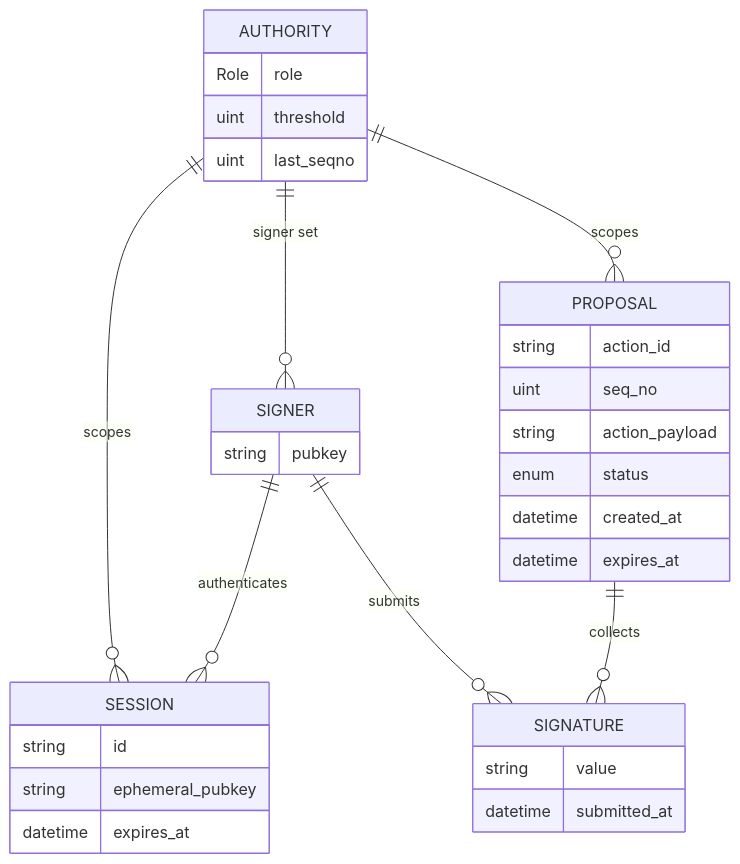
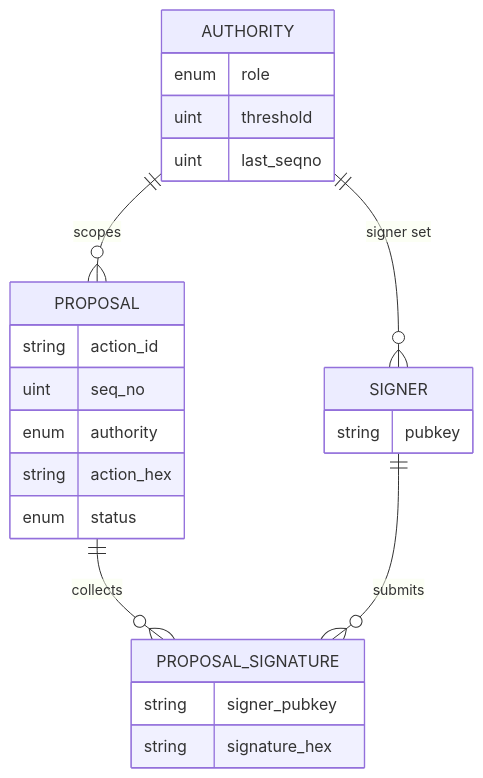
The second of 2 diagrams in docs/deliverable/research.md (wakeuplabs-io/alpen-multisig), drawn with Mermaid before and after one commit. The commit also changed other lines of this file and 2 other files, not shown here.

First line of the commit message:
docs: update architecture docs and finalize Phase 1 research deliverable

````diff
--- a/docs/deliverable/research.md
+++ b/docs/deliverable/research.md
@@ -348,39 +352,30 @@
 ```mermaid
 erDiagram
     AUTHORITY {
-        Role role
+        enum role
         uint threshold
         uint last_seqno
     }
 
     SIGNER {
         string pubkey
     }
 
-    SESSION {
-        string id
-        string ephemeral_pubkey
-        datetime expires_at
-    }
-
     PROPOSAL {
         string action_id
         uint seq_no
-        string action_payload
+        enum authority
+        string action_hex
         enum status
-        datetime created_at
-        datetime expires_at
     }
 
-    SIGNATURE {
-        string value
-        datetime submitted_at
+    PROPOSAL_SIGNATURE {
+        string signer_pubkey
+        string signature_hex
     }
 
     AUTHORITY ||--o{ SIGNER : "signer set"
     AUTHORITY ||--o{ PROPOSAL : "scopes"
-    AUTHORITY ||--o{ SESSION : "scopes"
-    SIGNER ||--o{ SESSION : "authenticates"
-    SIGNER ||--o{ SIGNATURE : "submits"
-    PROPOSAL ||--o{ SIGNATURE : "collects"
+    PROPOSAL ||--o{ PROPOSAL_SIGNATURE : "collects"
+    SIGNER ||--o{ PROPOSAL_SIGNATURE : "submits"
 ```
````
